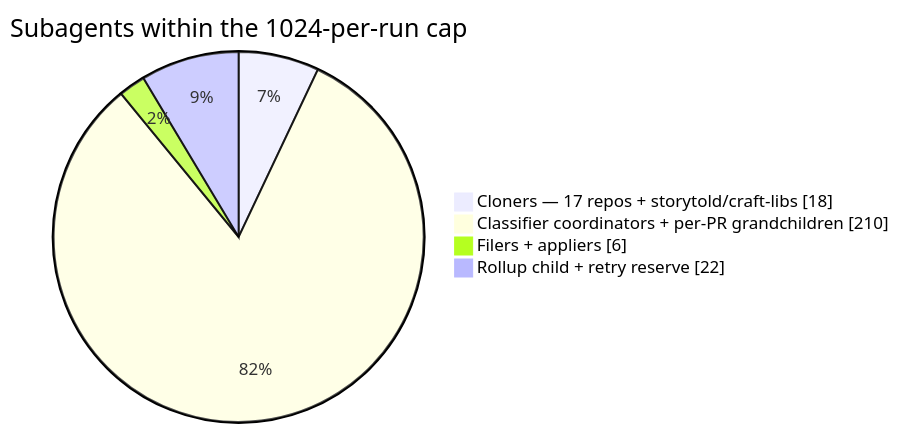
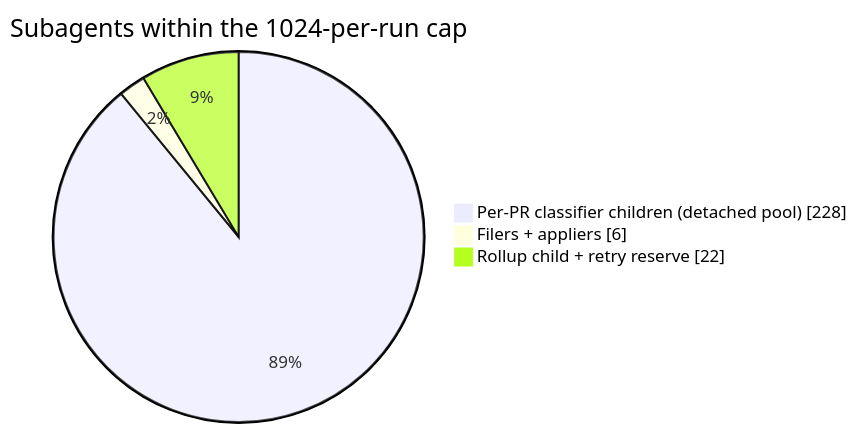
One commit to ahmedhosnypro/craft-libs-adoption changed the ninth of 12 diagrams in docs/workflow-diagrams.md. Above: the diagram before and after it, drawn with Mermaid. The commit also changed other lines of this file and 3 other files, not shown here.

First line of the commit message:
docs(scan): the diagrams and AGENTS.md describe the per-PR architecture

````diff
--- a/docs/workflow-diagrams.md
+++ b/docs/workflow-diagrams.md
@@ -240,7 +244,6 @@
 ```mermaid
 pie showData title Subagents within the 1024-per-run cap
-    "Cloners — 17 repos + storytold/craft-libs" : 18
-    "Classifier coordinators + per-PR grandchildren" : 210
+    "Per-PR classifier children (detached pool)" : 228
     "Filers + appliers" : 6
     "Rollup child + retry reserve" : 22
 ```
````
